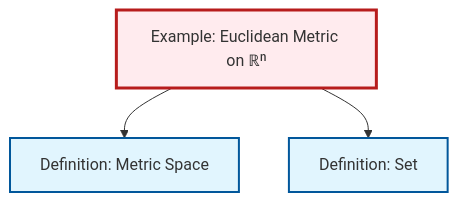
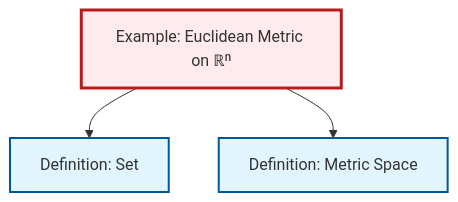
The diagram in content/ja/geometry/ex-euclidean-metric.qmd (RK0429/ModernMath), drawn with Mermaid before and after one commit. The commit also changed other lines of this file and 581 other files, not shown here.

````diff
--- a/content/ja/geometry/ex-euclidean-metric.qmd
+++ b/content/ja/geometry/ex-euclidean-metric.qmd
@@ -52,17 +52,17 @@
 ```{mermaid}
 %%| fig-cap: "Local dependency graph"
 graph TD
     classDef definition fill:#e1f5fe,stroke:#01579b,stroke-width:2px
     classDef theorem fill:#f3e5f5,stroke:#4a148c,stroke-width:2px
     classDef axiom fill:#fff3e0,stroke:#e65100,stroke-width:2px
     classDef example fill:#e8f5e9,stroke:#1b5e20,stroke-width:2px
     classDef current fill:#ffebee,stroke:#b71c1c,stroke-width:3px
+    def-metric-space["Definition: Metric Space"]:::definition
     def-set["Definition: Set"]:::definition
-    def-metric-space["Definition: Metric Space"]:::definition
     ex-euclidean-metric["Example: Euclidean Metric on ℝⁿ"]:::example
+    ex-euclidean-metric --> def-set
     ex-euclidean-metric --> def-metric-space
-    ex-euclidean-metric --> def-set
     class ex-euclidean-metric current
+    click def-metric-space "def-metric-space.html" "Definition: Metric Spaceへ"
     click def-set "def-set.html" "Definition: Setへ"
-    click def-metric-space "def-metric-space.html" "Definition: Metric Spaceへ"
 ```
````
